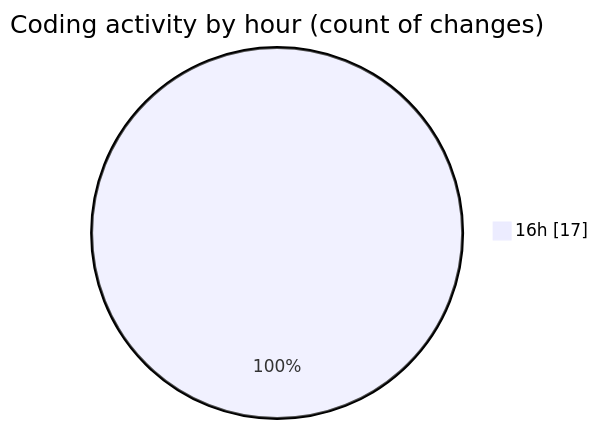
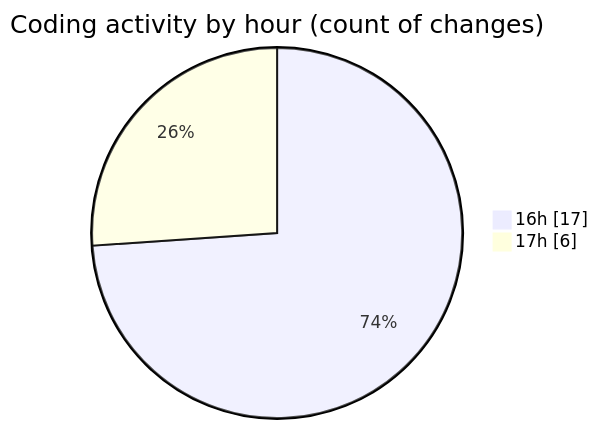
The second of 2 diagrams in 2026-02-05/fondamentals/README.md (hasnaa123/code-tracking), drawn with Mermaid before and after one commit. The commit also changed other lines of this file and 1 other file, not shown here.

````diff
--- a/2026-02-05/fondamentals/README.md
+++ b/2026-02-05/fondamentals/README.md
@@ -28,5 +28,6 @@
 ```mermaid
 pie showData
 title Coding activity by hour (count of changes)
 "16h" : 17
+"17h" : 6
 ```
````
